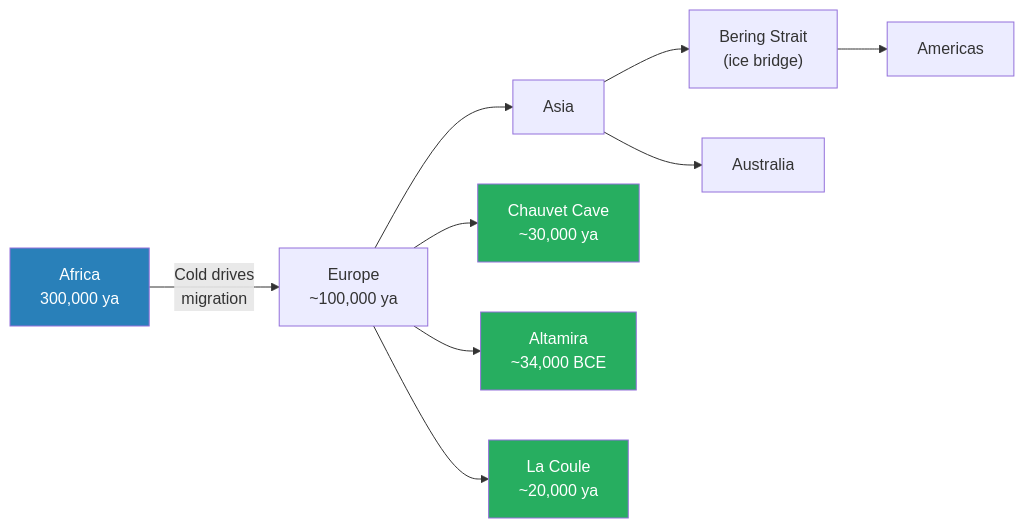
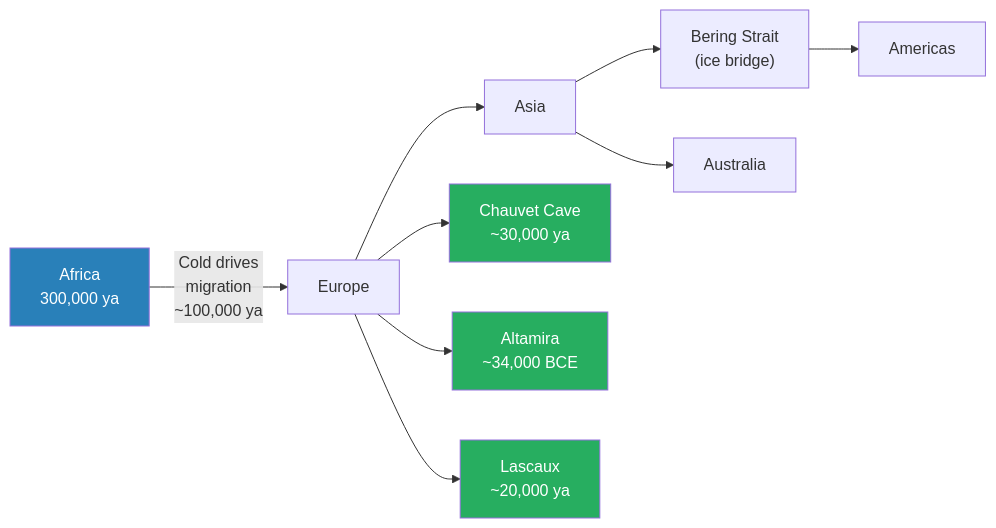
Before and after one commit to alius33/reader: the first of 8 diagrams in summaries/Lectures/Civilization/02 - Religion and the Dawn of Society.md, drawn with Mermaid. The commit also changed other lines of this file and 78 other files, not shown here.

````diff
--- a/summaries/Lectures/Civilization/02 - Religion and the Dawn of Society.md
+++ b/summaries/Lectures/Civilization/02 - Religion and the Dawn of Society.md
@@ -68,15 +73,15 @@
 ```mermaid
 flowchart LR
-    A["Africa<br/>300,000 ya"] -->|"Cold drives<br/>migration"| B["Europe<br/>~100,000 ya"]
+    A["Africa<br/>300,000 ya"] -->|"Cold drives<br/>migration<br/>~100,000 ya"| B["Europe"]
     B --> C["Asia"]
     C --> D["Bering Strait<br/>(ice bridge)"]
     D --> E["Americas"]
     C --> F["Australia"]
     B --> CP1["Chauvet Cave<br/>~30,000 ya"]
     B --> CP2["Altamira<br/>~34,000 BCE"]
-    B --> CP3["La Coule<br/>~20,000 ya"]
+    B --> CP3["Lascaux<br/>~20,000 ya"]
     style A fill:#2980b9,color:#fff
     style CP1 fill:#27ae60,color:#fff
     style CP2 fill:#27ae60,color:#fff
     style CP3 fill:#27ae60,color:#fff
 ```
````
